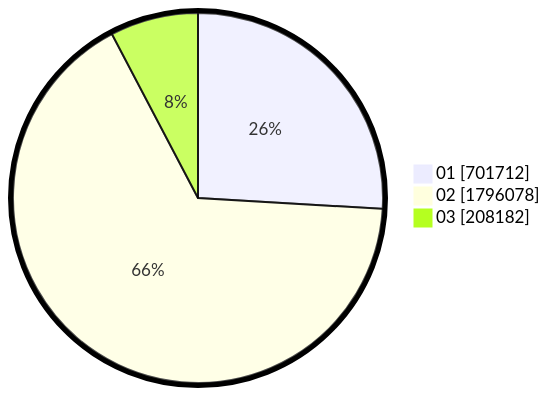
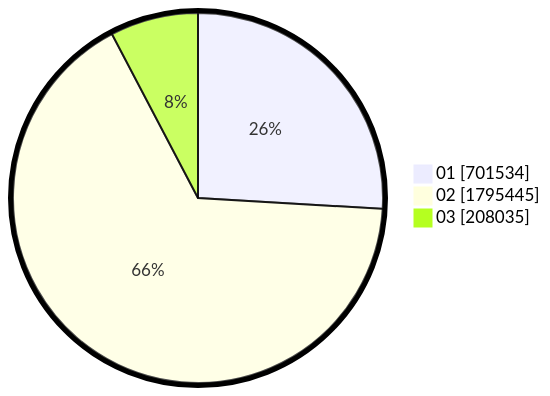
One commit to gigit-pemilu/pemilu-2024 changed the second of 2 diagrams in pilpres/hitung-suara/sub/table-wilayah-52.md. Above: the diagram before and after it, drawn with Mermaid. The commit also changed other lines of this file and 15 other files, not shown here.

````diff
--- a/pilpres/hitung-suara/sub/table-wilayah-52.md
+++ b/pilpres/hitung-suara/sub/table-wilayah-52.md
@@ -15,7 +15,7 @@
 ```mermaid
 %%{init: {"pie": {"textPosition": 0.5}, "themeVariables": {"pieOuterStrokeWidth": "5px"}} }%%
 pie showData
-    "01" : 701712
-    "02" : 1796078
-    "03" : 208182
+    "01" : 701534
+    "02" : 1795445
+    "03" : 208035
 ```
````
